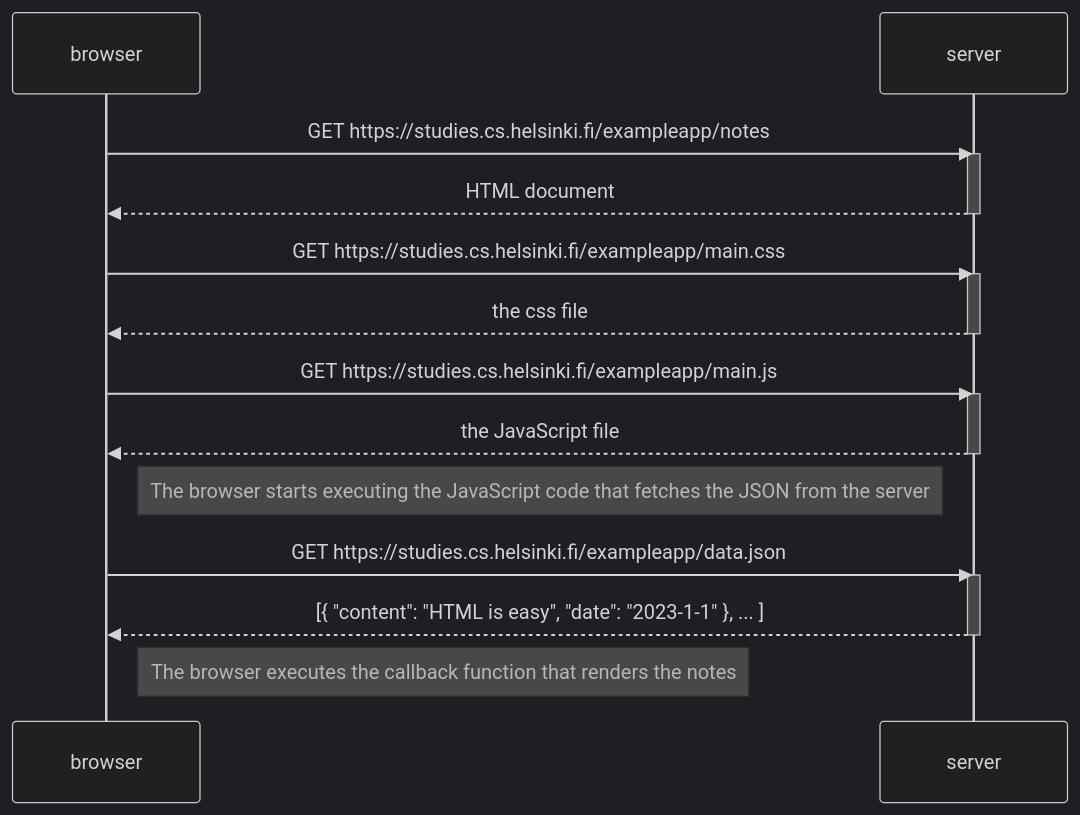
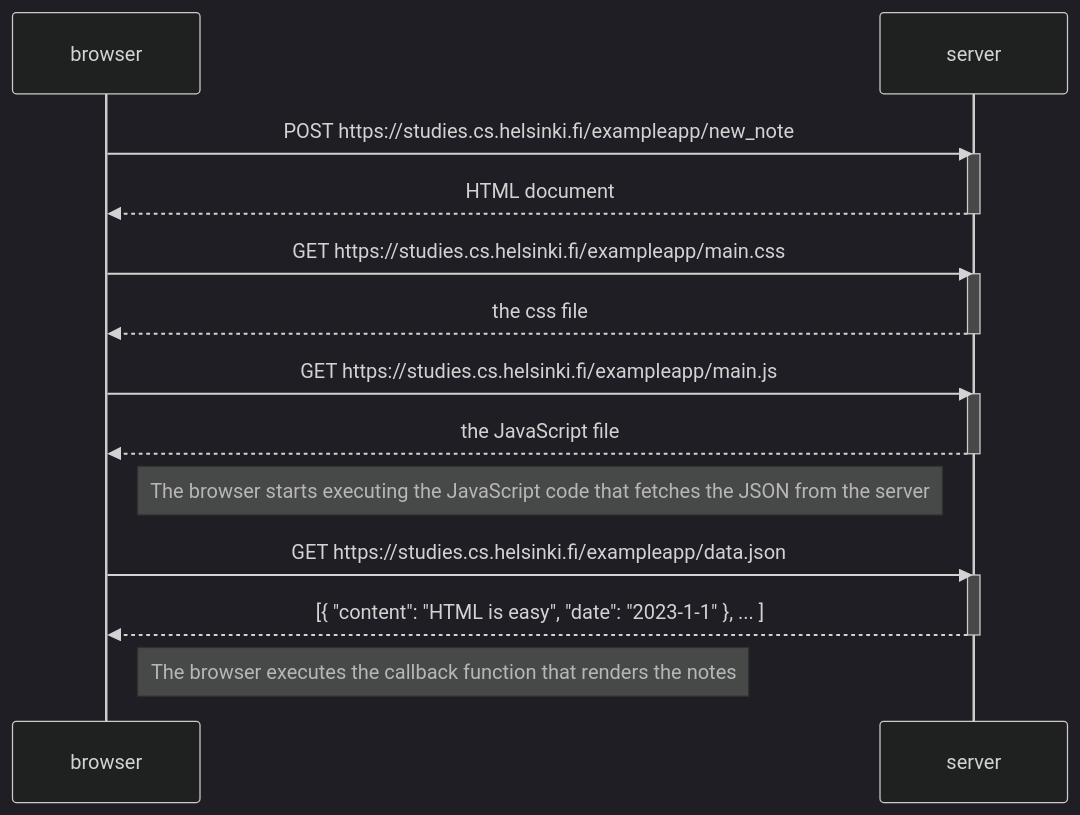
Before and after one commit to fonzk/FULLSTACK-OPEN: the diagram in part0/0.4_new_note.Mermaid, drawn with Mermaid (dark theme).

```diff
--- a/part0/0.4_new_note.Mermaid
+++ b/part0/0.4_new_note.Mermaid
@@ -1,25 +1,25 @@
 sequenceDiagram
  
-    browser->>server: GET https://studies.cs.helsinki.fi/exampleapp/notes
+    browser->>server: POST https://studies.cs.helsinki.fi/exampleapp/new_note
     activate server
     server-->>browser: HTML document
     deactivate server
 
     browser->>server: GET https://studies.cs.helsinki.fi/exampleapp/main.css
     activate server
     server-->>browser: the css file
     deactivate server
 
     browser->>server: GET https://studies.cs.helsinki.fi/exampleapp/main.js
     activate server
     server-->>browser: the JavaScript file
     deactivate server
 
     Note right of browser: The browser starts executing the JavaScript code that fetches the JSON from the server
 
     browser->>server: GET https://studies.cs.helsinki.fi/exampleapp/data.json
     activate server
     server-->>browser: [{ "content": "HTML is easy", "date": "2023-1-1" }, ... ]
     deactivate server
 
     Note right of browser: The browser executes the callback function that renders the notes
```
